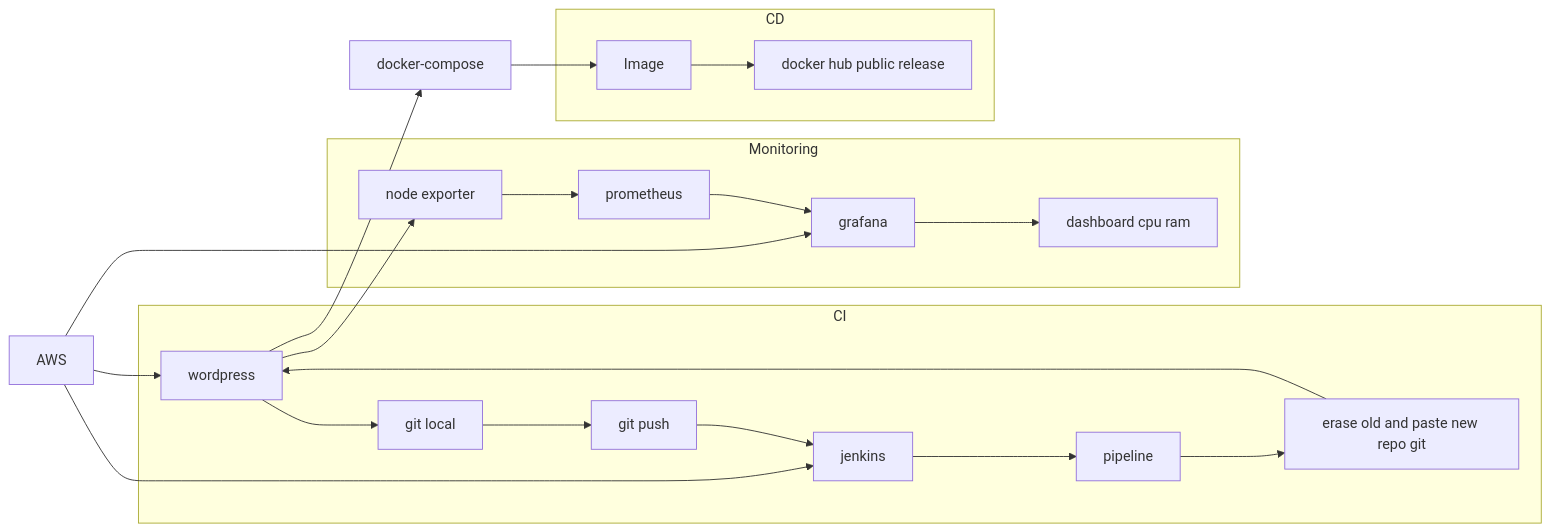
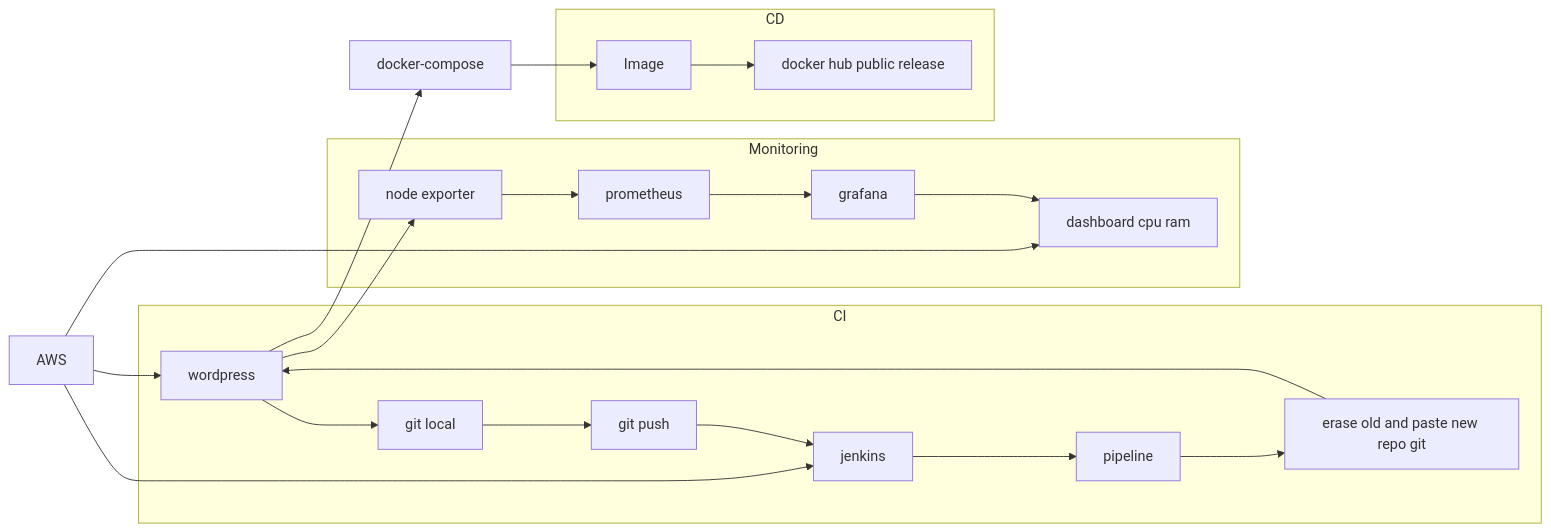
The diagram in README.md (DanyAAD90/CICD_complete_from_scratch), drawn with Mermaid before and after one commit.

````diff
--- a/README.md
+++ b/README.md
@@ -5,25 +5,25 @@
 ```mermaid
 flowchart LR
 A[wordpress] --> G[node exporter]
 Z[AWS] --> A
 Z --> K
-Z --> I
+Z --> J
 subgraph CI
 A --> O[git local]
 O --> P[git push]
 P --> K[jenkins]
 K --> L[pipeline]
 L --> N[erase old and paste new repo git]
 N --> A
 end
 subgraph Monitoring
 G --> H[prometheus]
 H --> I[grafana]
 I --> J[dashboard cpu ram]
 end
 A --> D[docker-compose]
 D --> E[Image]
 subgraph CD
 E --> F[docker hub public release]
 end
 ```
````
